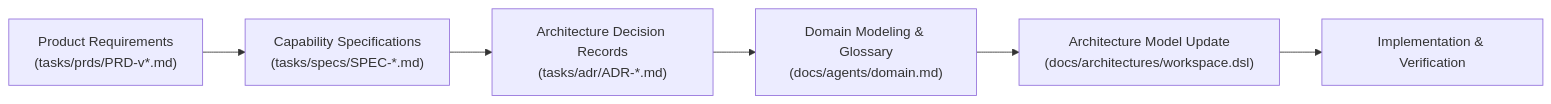
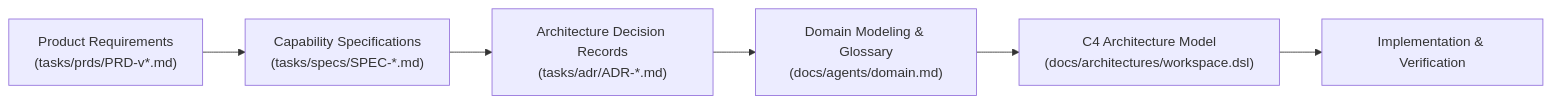
The second of 8 diagrams in docs/guides/SOFTWARE-DEVELOPMENT-CYCLE.md (MathematicGuy/EMAIL-AGENT-v1), drawn with Mermaid before and after one commit. The commit also changed other lines of this file and 6 other files, not shown here.

Commit message:
docs: sync overall architecture with C4 model in SDLC guide and README

````diff
--- a/docs/guides/SOFTWARE-DEVELOPMENT-CYCLE.md
+++ b/docs/guides/SOFTWARE-DEVELOPMENT-CYCLE.md
@@ -128,8 +185,8 @@
 ```mermaid
 flowchart LR
     PRD["Product Requirements<br/>(tasks/prds/PRD-v*.md)"] --> SPEC["Capability Specifications<br/>(tasks/specs/SPEC-*.md)"]
     SPEC --> ADR["Architecture Decision Records<br/>(tasks/adr/ADR-*.md)"]
     ADR --> DOMAIN["Domain Modeling & Glossary<br/>(docs/agents/domain.md)"]
-    DOMAIN --> ARCH_TARGET["Architecture Model Update<br/>(docs/architectures/workspace.dsl)"]
+    DOMAIN --> ARCH_TARGET["C4 Architecture Model<br/>(docs/architectures/workspace.dsl)"]
     ARCH_TARGET --> CODE["Implementation & Verification"]
 ```
````
